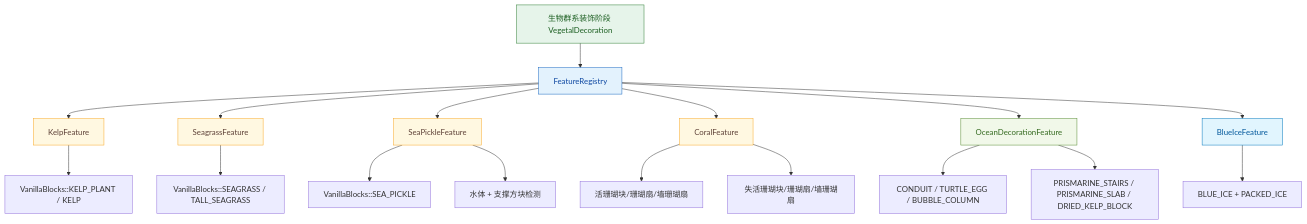
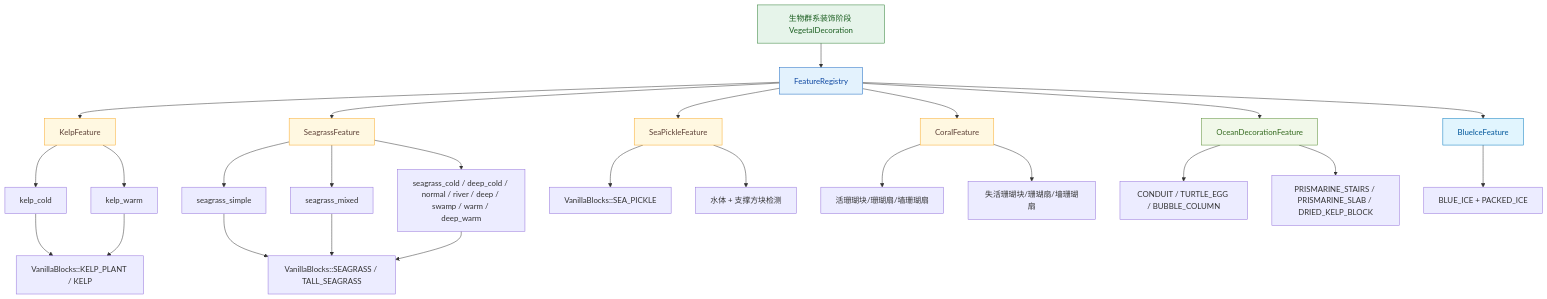
One commit to g122622/Cubium changed the diagram in src/common/world/gen/feature/ocean/README.md. Above: the diagram before and after it, drawn with Mermaid. The commit also changed other lines of this file and 35 other files, not shown here.

````diff
--- a/src/common/world/gen/feature/ocean/README.md
+++ b/src/common/world/gen/feature/ocean/README.md
@@ -122,29 +131,37 @@
 ```mermaid
 flowchart TD
     A[生物群系装饰阶段 VegetalDecoration] --> B[FeatureRegistry]
-    B --> C[KelpFeature]
-    B --> D[SeagrassFeature]
+  B --> C[KelpFeature]
+  B --> D[SeagrassFeature]
     B --> E[SeaPickleFeature]
     B --> F[CoralFeature]
     B --> G[OceanDecorationFeature]
     B --> H[BlueIceFeature]
 
-    C --> C1[VanillaBlocks::KELP_PLANT / KELP]
-    D --> D1[VanillaBlocks::SEAGRASS / TALL_SEAGRASS]
+  C --> C1[kelp_cold]
+  C --> C2[kelp_warm]
+  C1 --> C3[VanillaBlocks::KELP_PLANT / KELP]
+  C2 --> C3
+  D --> D1[seagrass_simple]
+  D --> D2[seagrass_mixed]
+  D --> D3[seagrass_cold / deep_cold / normal / river / deep / swamp / warm / deep_warm]
+  D1 --> D4[VanillaBlocks::SEAGRASS / TALL_SEAGRASS]
+  D2 --> D4
+  D3 --> D4
     E --> E1[VanillaBlocks::SEA_PICKLE]
     E --> E2[水体 + 支撑方块检测]
     F --> F1[活珊瑚块/珊瑚扇/墙珊瑚扇]
     F --> F2[失活珊瑚块/珊瑚扇/墙珊瑚扇]
     G --> G1[CONDUIT / TURTLE_EGG / BUBBLE_COLUMN]
     G --> G2[PRISMARINE_STAIRS / PRISMARINE_SLAB / DRIED_KELP_BLOCK]
     H --> H1[BLUE_ICE + PACKED_ICE]
 
     style A fill:#e6f4ea,stroke:#2e7d32,color:#1b5e20
     style B fill:#e3f2fd,stroke:#1565c0,color:#0d47a1
     style C fill:#fff8e1,stroke:#f9a825,color:#5d4037
     style D fill:#fff8e1,stroke:#f9a825,color:#5d4037
     style E fill:#fff8e1,stroke:#f9a825,color:#5d4037
     style F fill:#fff8e1,stroke:#f9a825,color:#5d4037
     style G fill:#f1f8e9,stroke:#558b2f,color:#33691e
     style H fill:#e1f5fe,stroke:#0277bd,color:#01579b
 ```
````
